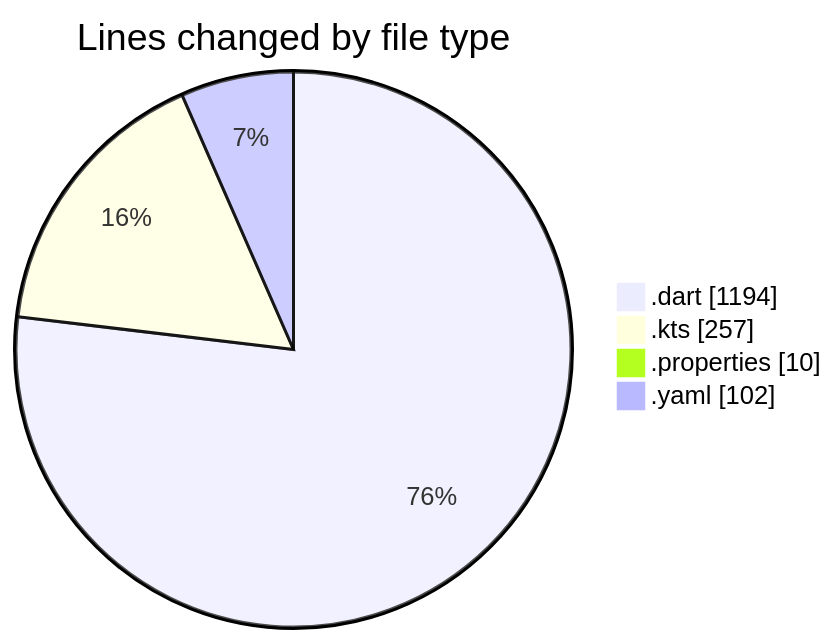
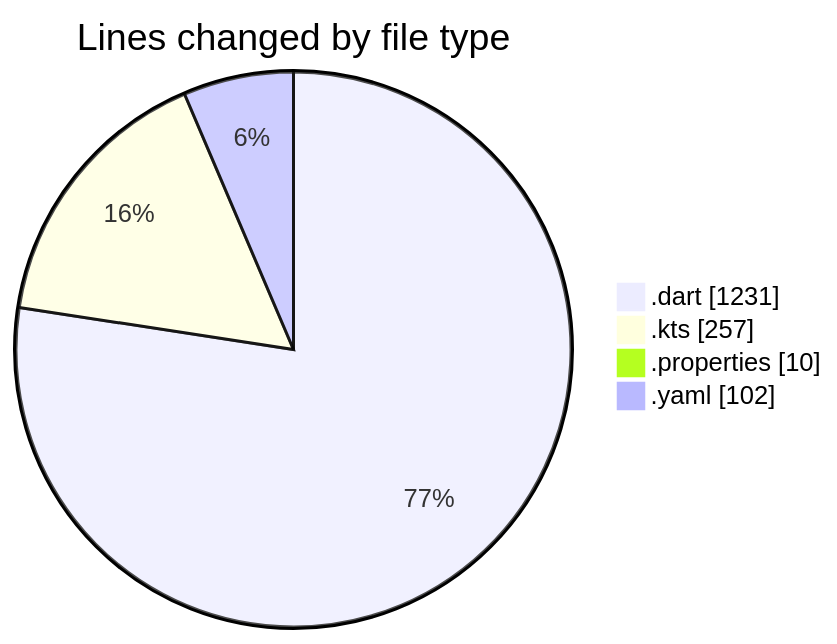
The first of 2 diagrams in 2025-02-24/drivers_app/README.md (donsfak/code-tracking), drawn with Mermaid before and after one commit. The commit also changed other lines of this file and 1 other file, not shown here.

````diff
--- a/2025-02-24/drivers_app/README.md
+++ b/2025-02-24/drivers_app/README.md
@@ -28,8 +28,8 @@
 ```mermaid
 pie showData
 title Lines changed by file type
-".dart" : 1194
+".dart" : 1231
 ".kts" : 257
 ".properties" : 10
 ".yaml" : 102
 ```
````
